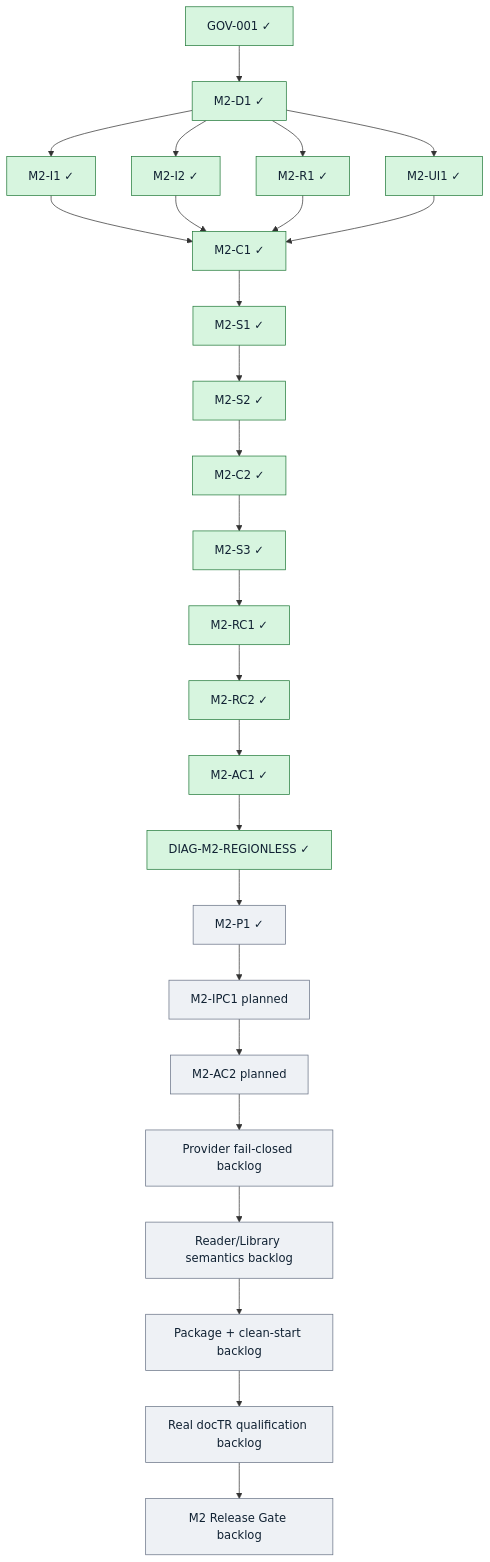
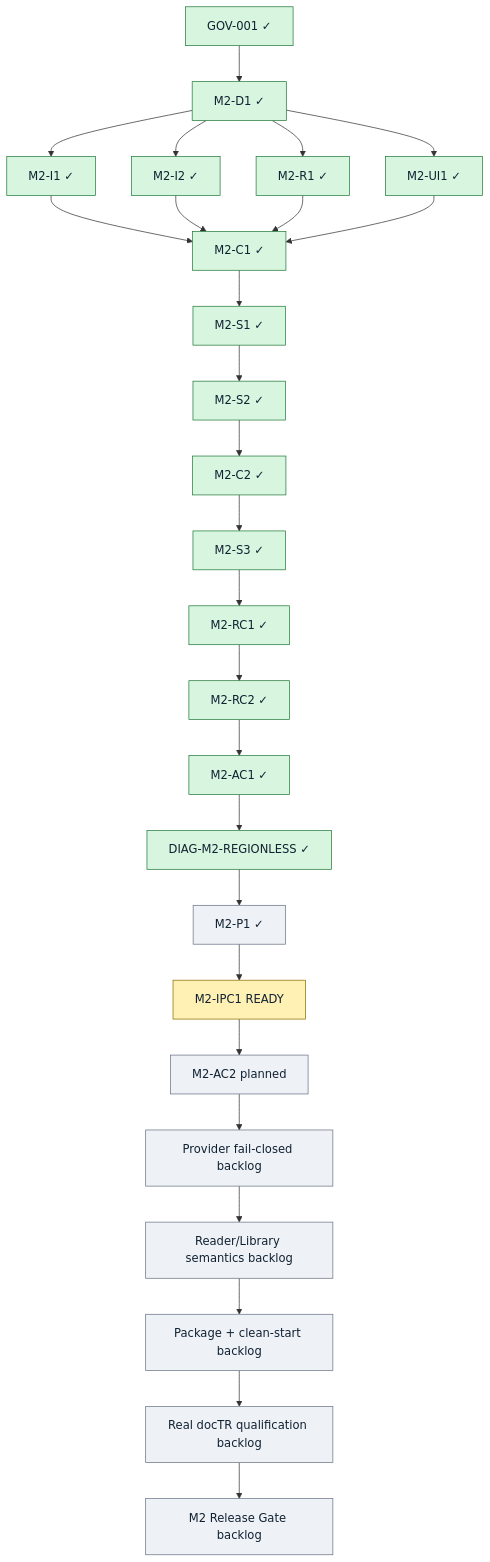
The diagram in doc/REBASELINE_PLAN.md (peakwheat-pixel/New-Manga), drawn with Mermaid before and after one commit. The commit also changed other lines of this file and 5 other files, not shown here.

Commit message:
docs: release M2-IPC1 production core lifecycle + read-only library slice (ready, base=a54bb8c9, seam frozen)

````diff
--- a/doc/REBASELINE_PLAN.md
+++ b/doc/REBASELINE_PLAN.md
@@ -55,27 +55,28 @@
 ```mermaid
 flowchart TD
   GOV["GOV-001 ✓"] --> D1["M2-D1 ✓"]
   D1 --> I1["M2-I1 ✓"]
   D1 --> I2["M2-I2 ✓"]
   D1 --> R1["M2-R1 ✓"]
   D1 --> UI1["M2-UI1 ✓"]
   I1 --> C1["M2-C1 ✓"]
   I2 --> C1
   R1 --> C1
   UI1 --> C1
   C1 --> S1["M2-S1 ✓"] --> S2["M2-S2 ✓"] --> C2["M2-C2 ✓"] --> S3["M2-S3 ✓"] --> RC1["M2-RC1 ✓"] --> RC2["M2-RC2 ✓"] --> AC1["M2-AC1 ✓"]
   AC1 --> DIAG["DIAG-M2-REGIONLESS ✓"]
   DIAG --> P1["M2-P1 ✓"]
-  P1 --> IPC1["M2-IPC1 planned"]
+  P1 --> IPC1["M2-IPC1 READY"]
   IPC1 --> AC2["M2-AC2 planned"]
   AC2 --> AC3["Provider fail-closed backlog"]
   AC3 --> AC4["Reader/Library semantics backlog"]
   AC4 --> PKG["Package + clean-start backlog"]
   PKG --> ML["Real docTR qualification backlog"]
   ML --> RG["M2 Release Gate backlog"]
   classDef done fill:#d7f5df,stroke:#237a3b,color:#123;
   classDef ready fill:#fff0b3,stroke:#8a6d00,color:#123;
   classDef planned fill:#eef1f5,stroke:#697386,color:#123;
   class GOV,D1,I1,I2,R1,UI1,C1,S1,S2,C2,S3,RC1,RC2,AC1,DIAG,P1 done;
-  class P1,IPC1,AC2,AC3,AC4,PKG,ML,RG planned;
+  class P1,AC2,AC3,AC4,PKG,ML,RG planned;
+  class IPC1 ready;
 ```
````
